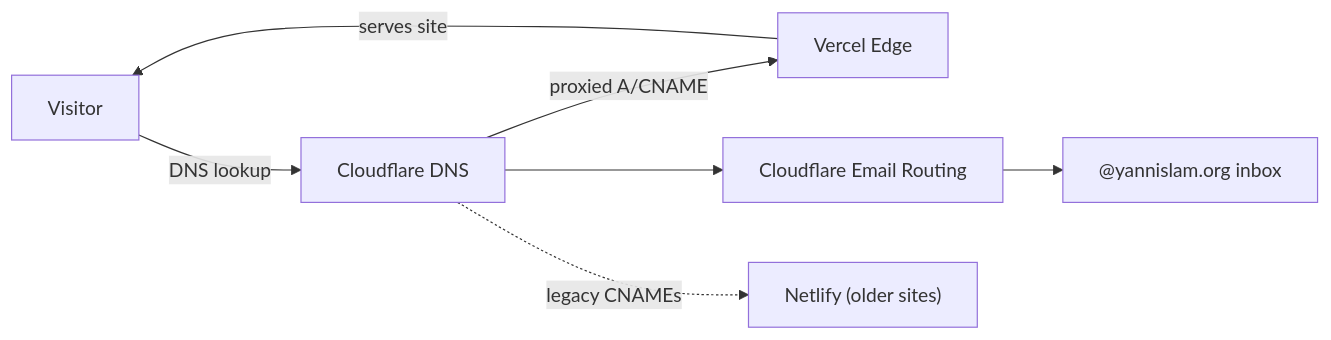
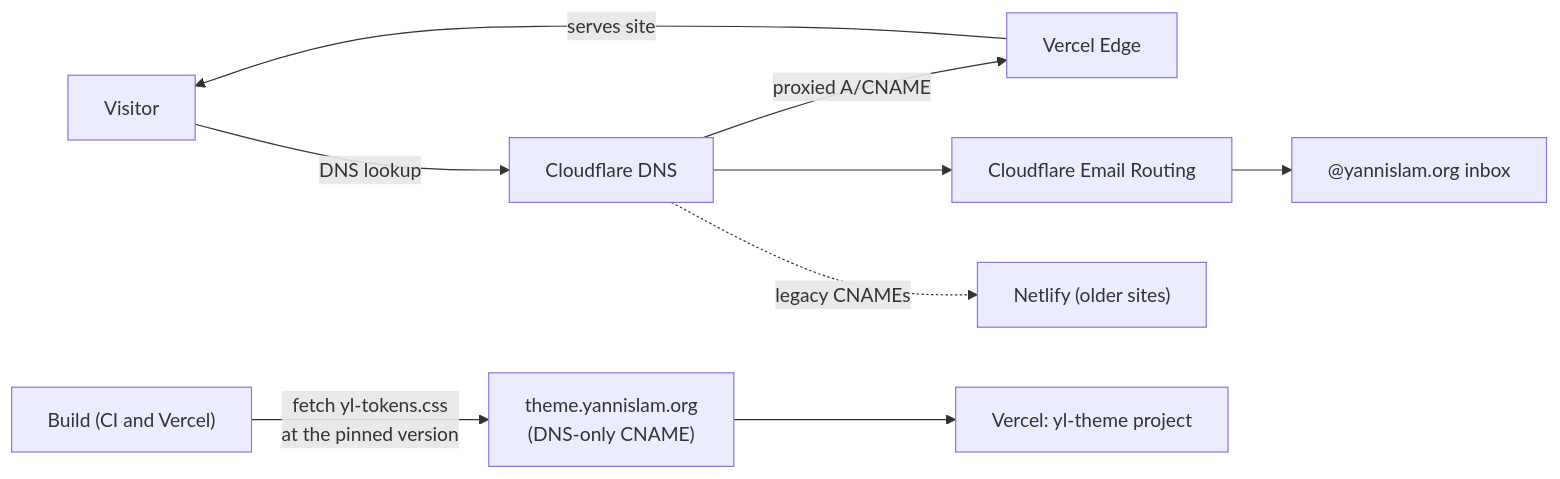
One commit to AardeYamz/v3.yannislam.org changed the third of 3 diagrams in README.md. Above: the diagram before and after it, drawn with Mermaid. The commit also changed other lines of this file, not shown here.

First line of the commit message:
README: show the yl-theme dependency in the architecture diagrams

````diff
--- a/README.md
+++ b/README.md
@@ -357,9 +371,12 @@
 ```mermaid
 flowchart LR
     Visitor["Visitor"] -->|"DNS lookup"| CF["Cloudflare DNS"]
     CF -->|"proxied A/CNAME"| Vercel["Vercel Edge"]
     Vercel -->|"serves site"| Visitor
 
     CF --> Mail["Cloudflare Email Routing"] --> Inbox["@yannislam.org inbox"]
     CF -.->|"legacy CNAMEs"| Netlify["Netlify (older sites)"]
+
+    Build["Build (CI and Vercel)"] -->|"fetch yl-tokens.css<br/>at the pinned version"| ThemeCF["theme.yannislam.org<br/>(DNS-only CNAME)"]
+    ThemeCF --> ThemeVercel["Vercel: yl-theme project"]
 ```
````
